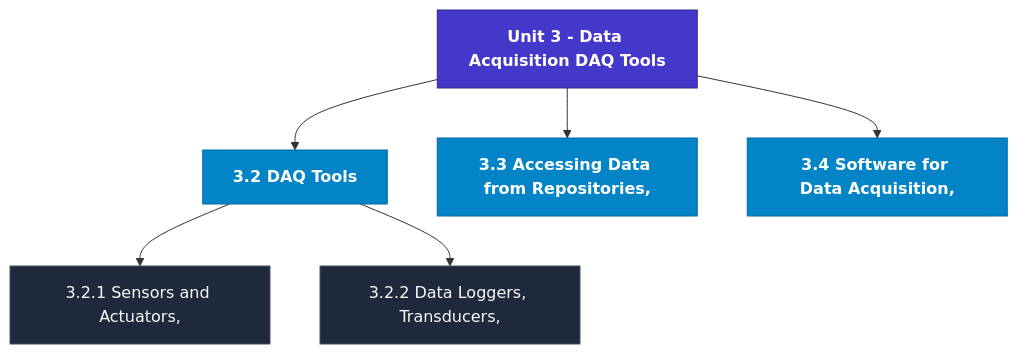
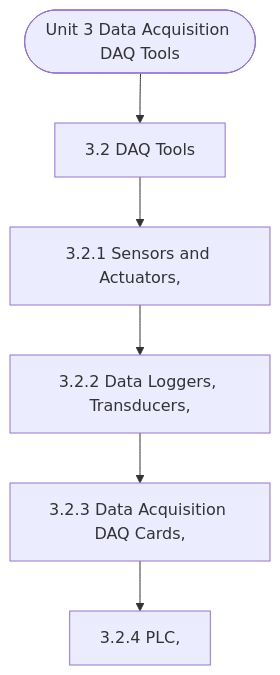
Before and after one commit to Asutosh-Coaching/mscdsa: the diagram in notes/Semester_1/MCS-062_Introduction_to_Data_Science/unit_03_Data_Acquisition_(DAQ)_Tools.md, drawn with Mermaid. The commit also changed other lines of this file and 115 other files, not shown here.

Commit message:
Fix Mermaid layout for mobile, isolate LaTeX delimiters, and add GitHub Pages reader

````diff
--- a/notes/Semester_1/MCS-062_Introduction_to_Data_Science/unit_03_Data_Acquisition_(DAQ)_Tools.md
+++ b/notes/Semester_1/MCS-062_Introduction_to_Data_Science/unit_03_Data_Acquisition_(DAQ)_Tools.md
@@ -19,19 +19,14 @@
 ```mermaid
 flowchart TD
-  %% Styling Definitions
-  classDef head fill:#4338ca,stroke:#312e81,color:#ffffff,font-weight:bold;
-  classDef topic fill:#0284c7,stroke:#0369a1,color:#ffffff,font-weight:600;
-  classDef sub fill:#1e293b,stroke:#475569,color:#f8fafc;
-
-  Root["Unit 3 - Data Acquisition DAQ Tools"]:::head
-  M1["3.2 DAQ Tools"]:::topic
-  Root --> M1
-  M1_1["3.2.1 Sensors and Actuators,"]:::sub
-  M1 --> M1_1
-  M1_2["3.2.2 Data Loggers, Transducers,"]:::sub
-  M1 --> M1_2
-  M2["3.3 Accessing Data from Repositories,"]:::topic
-  Root --> M2
-  M3["3.4 Software for Data Acquisition,"]:::topic
-  Root --> M3
+  Start(["Unit 3 Data Acquisition DAQ Tools"])
+  N1["3.2 DAQ Tools"]
+  N2["3.2.1 Sensors and Actuators,"]
+  N3["3.2.2 Data Loggers, Transducers,"]
+  N4["3.2.3 Data Acquisition DAQ Cards,"]
+  N5["3.2.4 PLC,"]
+  Start --> N1
+  N1 --> N2
+  N2 --> N3
+  N3 --> N4
+  N4 --> N5
 ```
````
